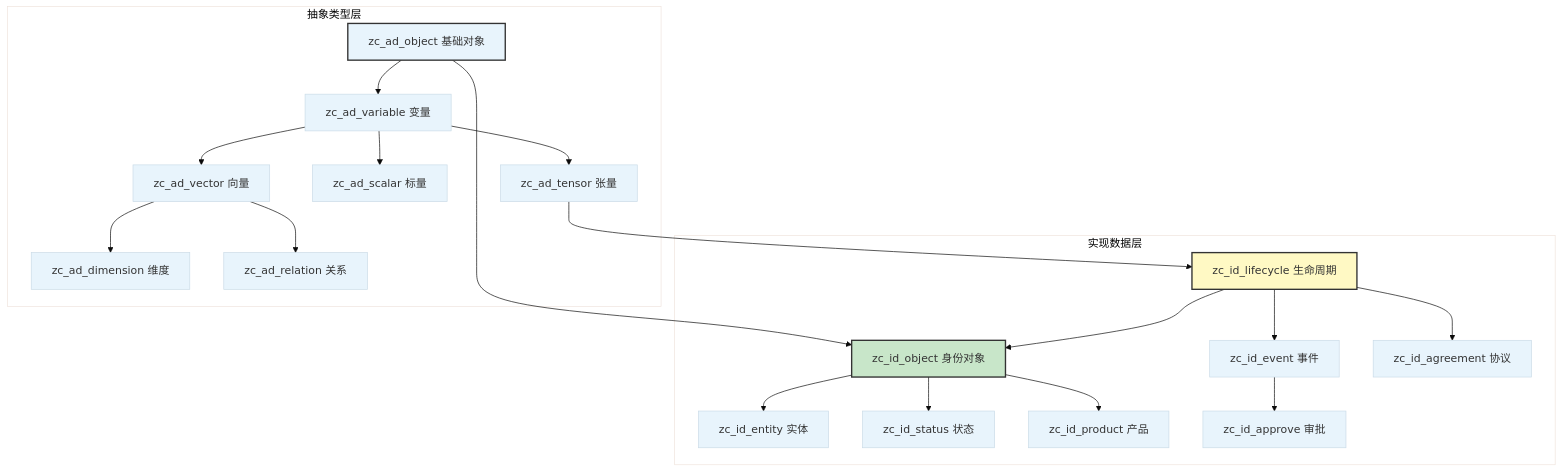
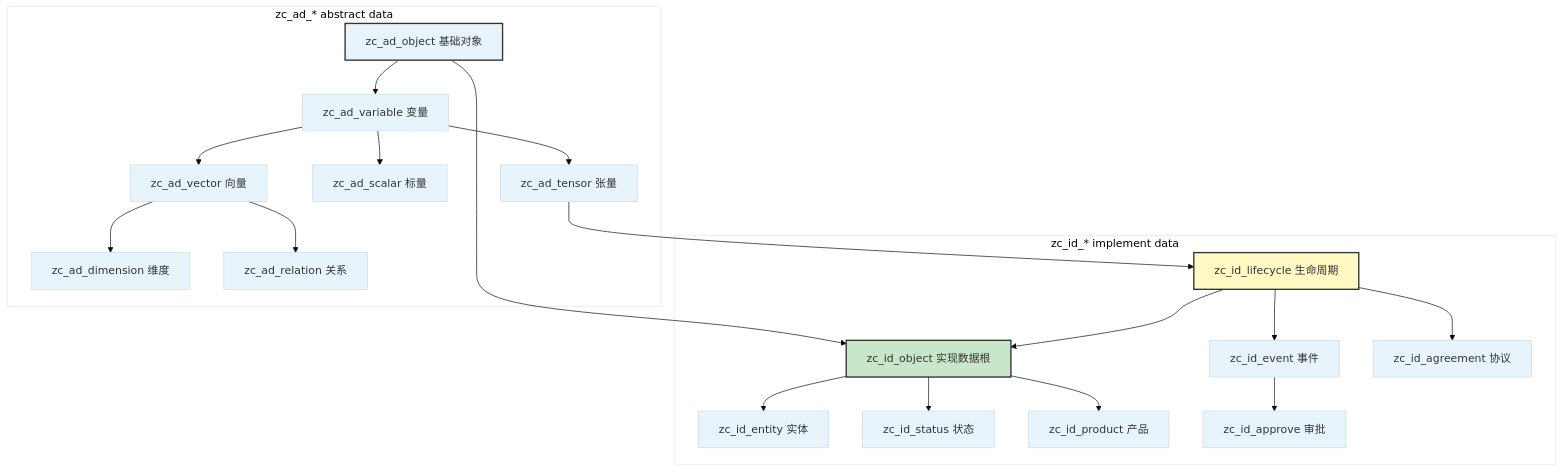
One commit to CosmicTools9/Alioth changed the diagram in README.md. Above: the diagram before and after it, drawn with Mermaid. The commit also changed other lines of this file, not shown here.

Commit message:
docs: fix zc_id_* naming - id = implement data, not identity

````diff
--- a/README.md
+++ b/README.md
@@ -62,28 +63,28 @@
 ```mermaid
 %%{init: {'theme': 'base', 'themeVariables': { 'primaryColor': '#e8f4fc'}}}%%
 graph TD
-    subgraph 抽象类型层
+    subgraph 抽象类型层[zc_ad_* abstract data]
         AD[zc_ad_object 基础对象] --> V[zc_ad_variable 变量]
         V --> Vec[zc_ad_vector 向量]
         V --> Sca[zc_ad_scalar 标量]
         V --> Ten[zc_ad_tensor 张量]
         Vec --> Dim[zc_ad_dimension 维度]
         Vec --> Rel[zc_ad_relation 关系]
     end
 
-    subgraph 实现数据层
-        AD --> IDO[zc_id_object 身份对象]
+    subgraph 实现数据层[zc_id_* implement data]
+        AD --> IDO[zc_id_object 实现数据根]
         IDO --> Entity[zc_id_entity 实体]
         IDO --> Stat[zc_id_status 状态]
         IDO --> Prod[zc_id_product 产品]
         Ten --> LC[zc_id_lifecycle 生命周期]
         LC --> IDO
         LC --> Evt[zc_id_event 事件]
         LC --> Agr[zc_id_agreement 协议]
         Evt --> Apv[zc_id_approve 审批]
     end
 
     style AD fill:#e8f4fc,stroke:#333,stroke-width:2px
     style IDO fill:#c8e6c9,stroke:#333,stroke-width:2px
     style LC fill:#fff9c4,stroke:#333,stroke-width:2px
 ```
````
